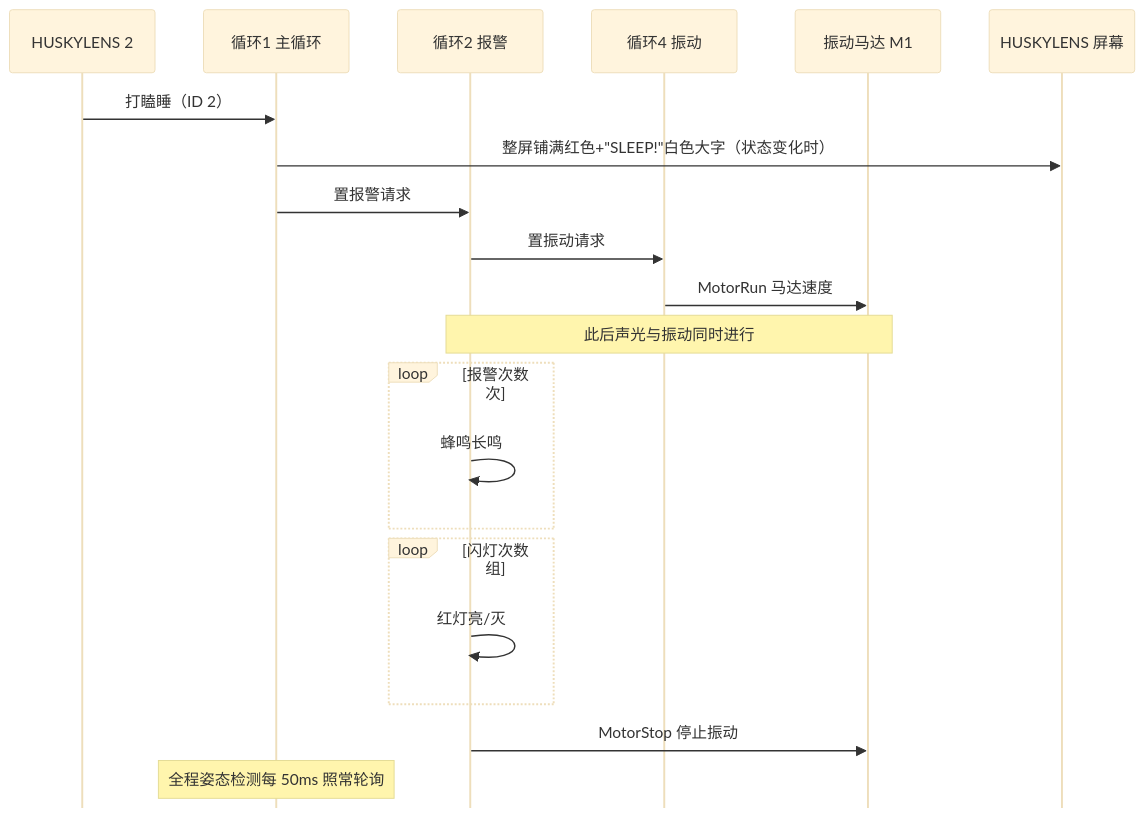
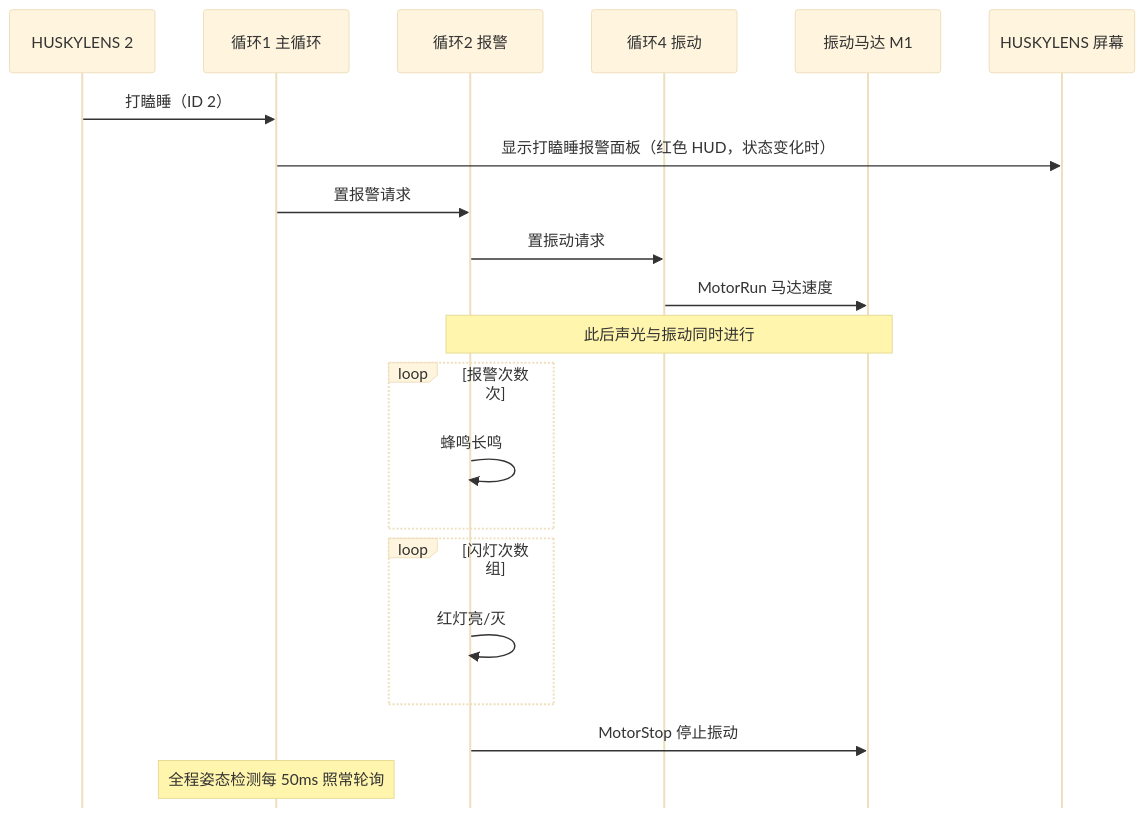
Before and after one commit to Gsjsjzhznsz/driver: the third of 3 diagrams in README.md, drawn with Mermaid. The commit also changed other lines of this file and 4 other files, not shown here.

Commit message:
功能：屏幕状态升级为仪表盘HUD面板（观众反馈再高级一点）——新增"屏幕状态面板"积木一键绘制整屏：深蓝标题栏(DRIVER MONITOR+状态指示灯)+白框卡片内48号状态大字(卡片随文字自适应)+32号副标题+疲劳度仪表条(清醒10%/疲劳60%/打瞌睡100%)+页脚FATIGUE LEVEL读数；面板内部判重(状态不变不重绘+60秒自愈刷新应对相机中途重启)；实心条采用外框+内框双层嵌套矩形(单个粗线宽矩形在固件居中描边解释下中央会留洞)；main.ts每状态4块屏幕积木简化为1块，删除屏幕状态变量；README/流程图同步更新并附6面板效果预览图

````diff
--- a/README.md
+++ b/README.md
@@ -197,24 +213,24 @@
 ```mermaid
 %%{init: {"theme":"base","themeVariables":{"fontSize":"15px"},"sequence":{"mirrorActors":false,"messageAlign":"center"}}}%%
 sequenceDiagram
     participant H as HUSKYLENS 2
     participant M as 循环1 主循环
     participant A as 循环2 报警
     participant V as 循环4 振动
     participant E as 振动马达 M1
     participant S as HUSKYLENS 屏幕
     H->>M: 打瞌睡（ID 2）
-    M->>S: 整屏铺满红色+"SLEEP!"白色大字（状态变化时）
+    M->>S: 显示打瞌睡报警面板（红色 HUD，状态变化时）
     M->>A: 置报警请求
     A->>V: 置振动请求
     V->>E: MotorRun 马达速度
     Note over A,E: 此后声光与振动同时进行
     loop 报警次数 次
         A->>A: 蜂鸣长鸣
     end
     loop 闪灯次数 组
         A->>A: 红灯亮/灭
     end
     A->>E: MotorStop 停止振动
     Note over M: 全程姿态检测每 50ms 照常轮询
 ```
````
